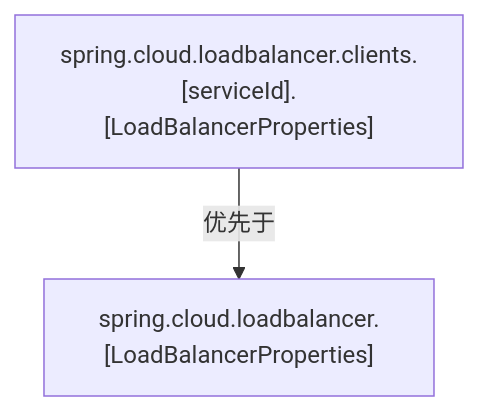
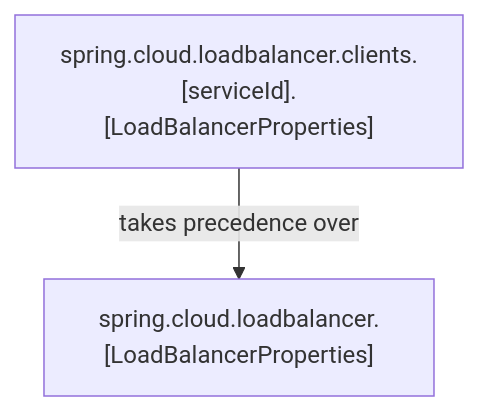
Before and after one commit to lujiafa/houtu-dependencies: the first of 5 diagrams in spring-cloud-houtu/README.md, drawn with Mermaid. The commit also changed other lines of this file and 4 other files, not shown here.

````diff
--- a/spring-cloud-houtu/README.md
+++ b/spring-cloud-houtu/README.md
@@ -28,6 +30,6 @@
 ```mermaid
 flowchart TD
 F1["spring.cloud.loadbalancer.clients.[serviceId].[LoadBalancerProperties]"]
 F2["spring.cloud.loadbalancer.[LoadBalancerProperties]"]
-F1 -->|优先于| F2
+F1 -->|takes precedence over| F2
 ```
````
